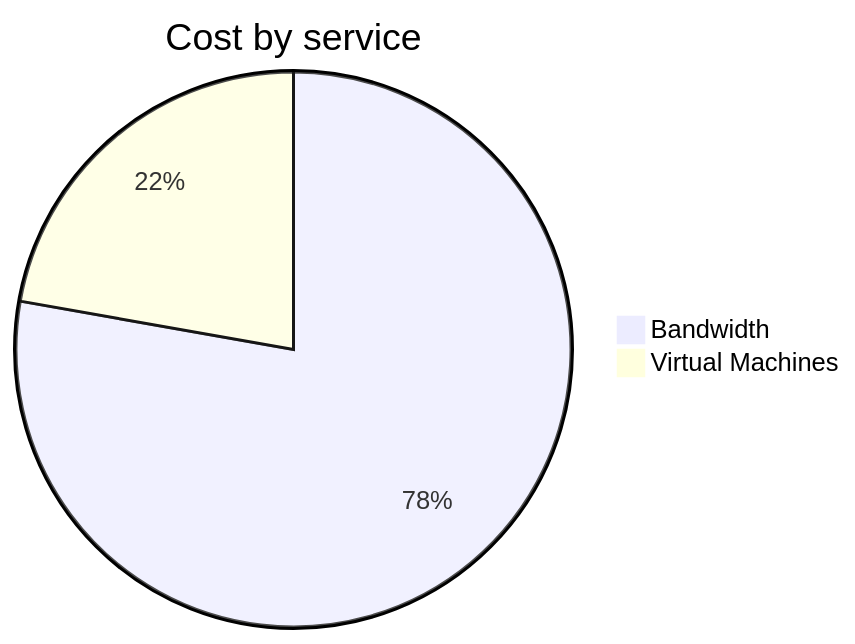
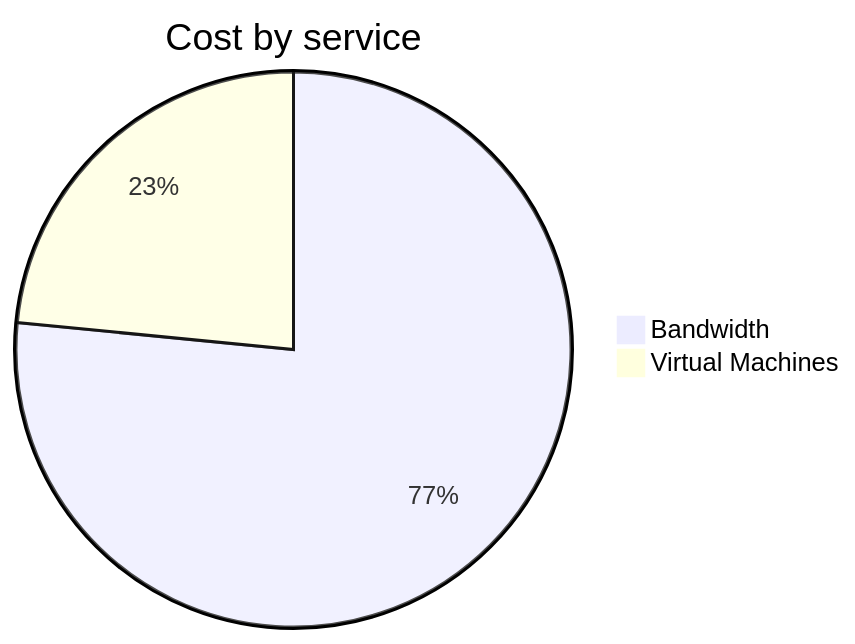
The second of 4 diagrams in cost-reports/personal-network/vpn-server.md (jpfulton/azure-personal-reports), drawn with Mermaid before and after one commit. The commit also changed other lines of this file and 8 other files, not shown here.

````diff
--- a/cost-reports/personal-network/vpn-server.md
+++ b/cost-reports/personal-network/vpn-server.md
@@ -92,6 +92,6 @@
 ```mermaid
 pie
    title Cost by service
    "Bandwidth" : 8.16
-   "Virtual Machines" : 2.33
+   "Virtual Machines" : 2.50
 ```
````
